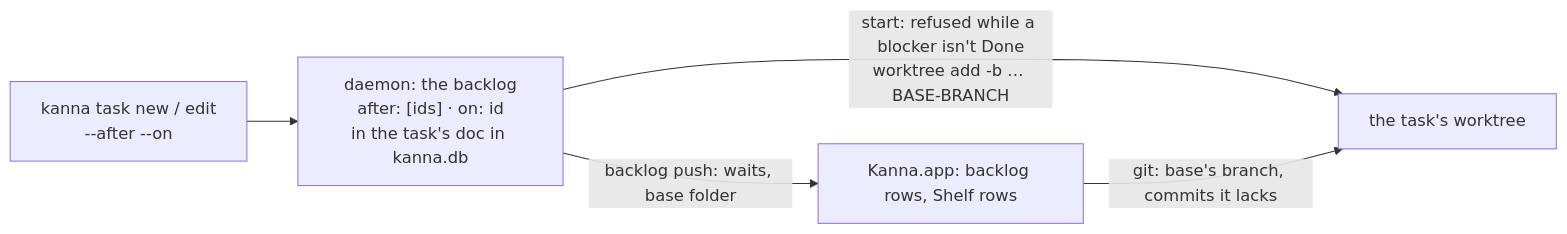
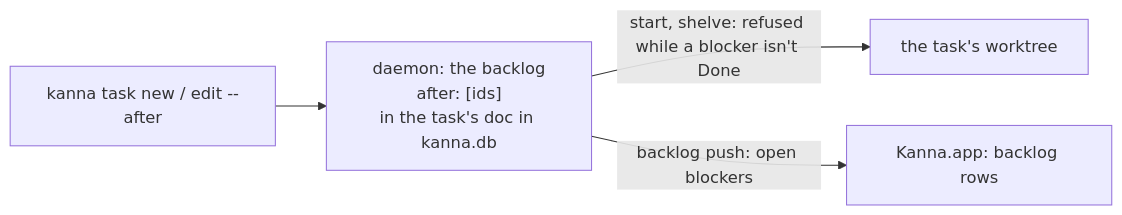
One commit to jemdiggity/kanna-v4 changed the second of 2 diagrams in docs/specs/task-dependencies.md. Above: the diagram before and after it, drawn with Mermaid. The commit also changed other lines of this file and 7 other files, not shown here.

````diff
--- a/docs/specs/task-dependencies.md
+++ b/docs/specs/task-dependencies.md
@@ -68,7 +54,6 @@
 ```mermaid
 flowchart LR
-    CLI["kanna task new / edit<br/>--after --on"] --> D["daemon: the backlog<br/>after: [ids] · on: id<br/>in the task's doc in kanna.db"]
-    D -->|"start: refused while a blocker isn't Done<br/>worktree add -b … BASE-BRANCH"| W["the task's worktree"]
-    D -->|"backlog push: waits, base folder"| APP["Kanna.app: backlog rows, Shelf rows"]
-    APP -->|"git: base's branch, commits it lacks"| W
+    CLI["kanna task new / edit --after"] --> D["daemon: the backlog<br/>after: [ids]<br/>in the task's doc in kanna.db"]
+    D -->|"start, shelve: refused while a blocker isn't Done"| W["the task's worktree"]
+    D -->|"backlog push: open blockers"| APP["Kanna.app: backlog rows"]
 ```
````
